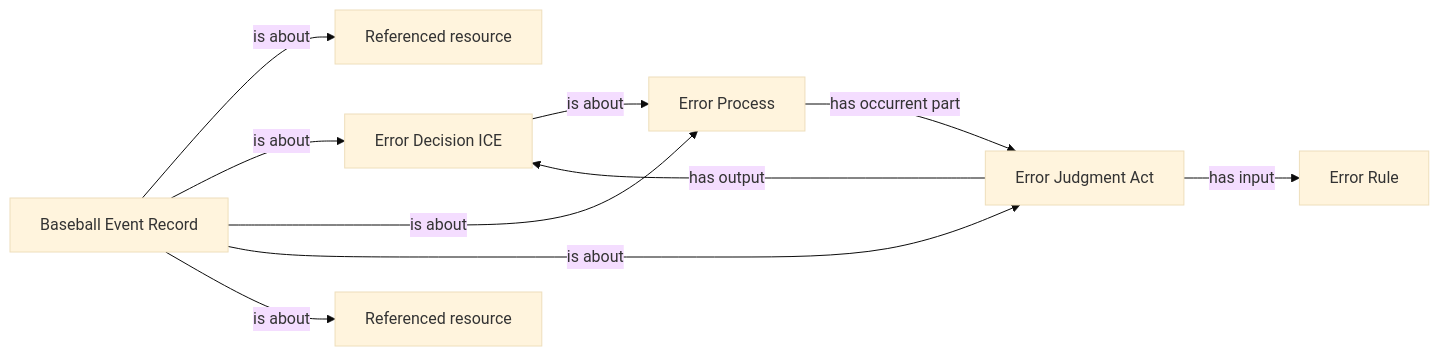
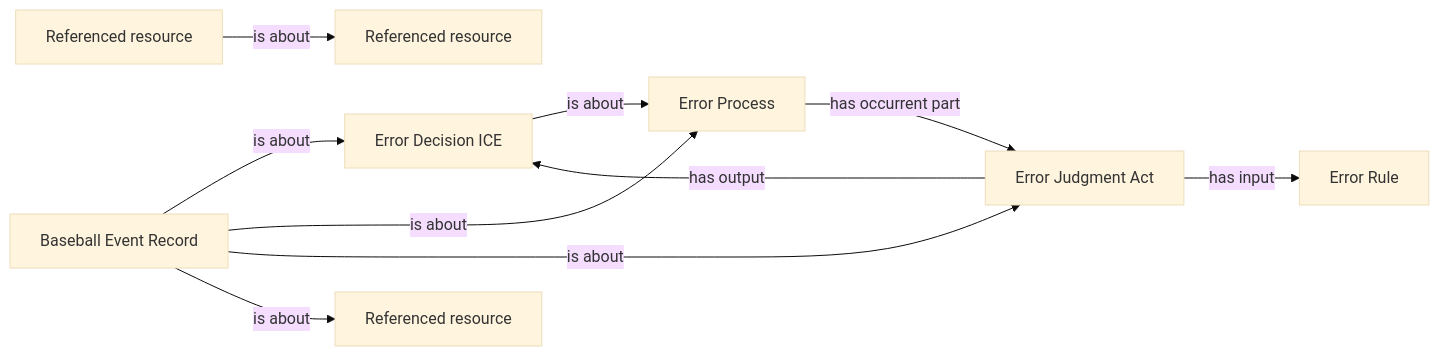
Before and after one commit to CarterBeauBenson/BaseballO: the diagram in Baseball/mermaid/patterns/ontology/75-secondaryerror.md, drawn with Mermaid (base theme). The commit also changed other lines of this file and 157 other files, not shown here.

````diff
--- a/Baseball/mermaid/patterns/ontology/75-secondaryerror.md
+++ b/Baseball/mermaid/patterns/ontology/75-secondaryerror.md
@@ -10,19 +10,20 @@
 ```mermaid
 flowchart LR
     N01["Error Rule"]
     N02["Referenced resource"]
-    N03["Error Decision ICE"]
-    N04["Error Process"]
-    N05["Error Judgment Act"]
-    N06["Baseball Event Record"]
-    N07["Referenced resource"]
-    N03 -->|is about| N04
-    N04 -->|has occurrent part| N05
-    N05 -->|has input| N01
-    N05 -->|has output| N03
-    N06 -->|is about| N02
-    N06 -->|is about| N03
-    N06 -->|is about| N04
-    N06 -->|is about| N05
-    N06 -->|is about| N07
+    N03["Referenced resource"]
+    N04["Error Decision ICE"]
+    N05["Error Process"]
+    N06["Error Judgment Act"]
+    N07["Baseball Event Record"]
+    N08["Referenced resource"]
+    N03 -->|is about| N02
+    N04 -->|is about| N05
+    N05 -->|has occurrent part| N06
+    N06 -->|has input| N01
+    N06 -->|has output| N04
+    N07 -->|is about| N04
+    N07 -->|is about| N05
+    N07 -->|is about| N06
+    N07 -->|is about| N08
 ```
````
